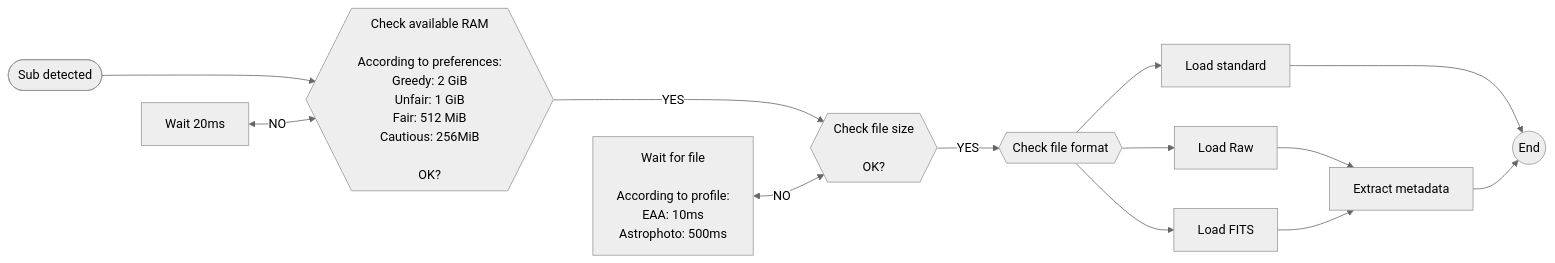
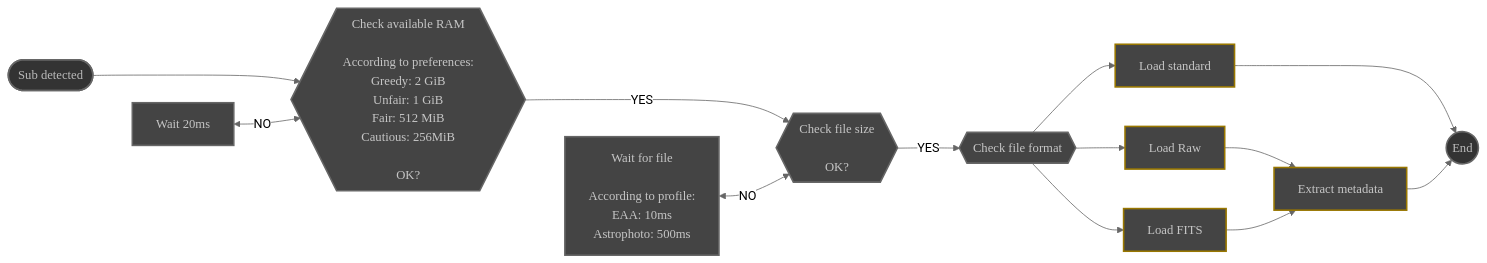
The diagram in content/en/docs/v0.7/modules/scanner.md (deufrai/als), drawn with Mermaid (neutral theme) before and after one commit. The commit also changed other lines of this file, not shown here.

Commit message:
add missing styling to scanner EN diagram

````diff
--- a/content/en/docs/v0.7/modules/scanner.md
+++ b/content/en/docs/v0.7/modules/scanner.md
@@ -114,38 +114,50 @@
 ```mermaid
 flowchart LR
     START([Sub detected])
     
     WAIT_FILE[Wait for file<br><br>According to profile:<br>EAA: 10ms<br>Astrophoto: 500ms]    
     WAIT_RAM[Wait 20ms]
     
     CHECK_RAM{{Check available RAM<br><br>According to preferences:<br>Greedy: 2 GiB<br>Unfair: 1 GiB<br>Fair: 512 MiB<br>Cautious: 256MiB<br><br>OK?}}
     CHECK_SIZE{{Check file size<br><br>OK?}}
     TEST_FORMAT{{Check file format}}
     
     FITS[Load FITS]
     STANDARD[Load standard]
     RAW[Load Raw]
     
     METADATA[Extract metadata]
     
     END((End))
     
     START ---> CHECK_RAM   
     WAIT_RAM <-->|NO| CHECK_RAM
  
     
     CHECK_RAM --->|YES| CHECK_SIZE
     WAIT_FILE <-->|NO| CHECK_SIZE   
     CHECK_SIZE -->|YES| TEST_FORMAT
 
     TEST_FORMAT -->  FITS
     TEST_FORMAT -->  STANDARD
     TEST_FORMAT -->  RAW
     
 
     RAW --> METADATA
     FITS --> METADATA
     
     STANDARD ---> END
     METADATA --> END
+    
+    style START fill:#333,stroke:#666,stroke-width:2px,color:#BBB,font-family:'Poppins',sans-serif
+    style WAIT_RAM fill:#444,stroke:#666,stroke-width:2px,color:#c6c6c6,font-family:'Poppins',sans-serif
+    style CHECK_RAM fill:#444,stroke:#666,stroke-width:2px,color:#c6c6c6,font-family:'Poppins',sans-serif
+    style CHECK_SIZE fill:#444,stroke:#666,stroke-width:2px,color:#c6c6c6,font-family:'Poppins',sans-serif
+    style WAIT_FILE fill:#444,stroke:#666,stroke-width:2px,color:#c6c6c6,font-family:'Poppins',sans-serif
+    style TEST_FORMAT fill:#444,stroke:#666,stroke-width:2px,color:#c6c6c6,font-family:'Poppins',sans-serif
+    style FITS fill:#444,stroke:#970,stroke-width:2px,color:#c6c6c6,font-family:'Poppins',sans-serif
+    style STANDARD fill:#444,stroke:#970,stroke-width:2px,color:#c6c6c6,font-family:'Poppins',sans-serif
+    style RAW fill:#444,stroke:#970,stroke-width:2px,color:#c6c6c6,font-family:'Poppins',sans-serif
+    style METADATA fill:#444,stroke:#970,stroke-width:2px,color:#c6c6c6,font-family:'Poppins',sans-serif
+    style END fill:#333,stroke:#666,stroke-width:2px,color:#BBB,font-family:'Poppins',sans-serif
 ```
````
